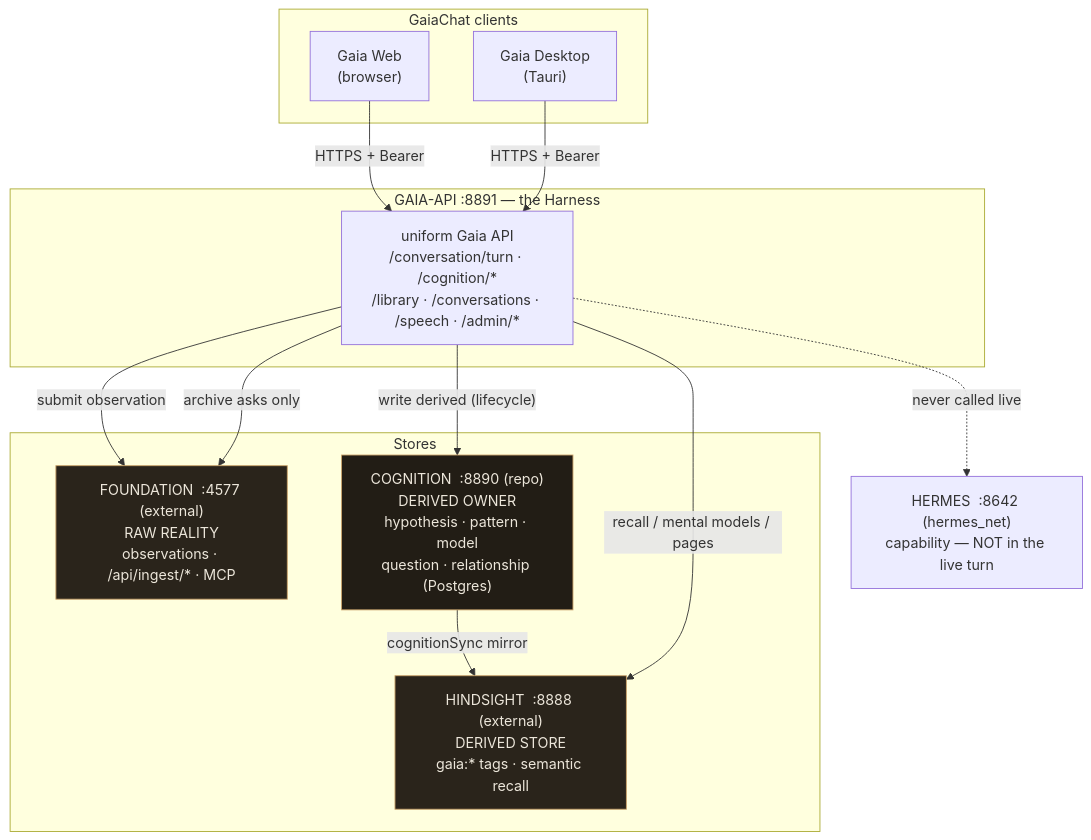
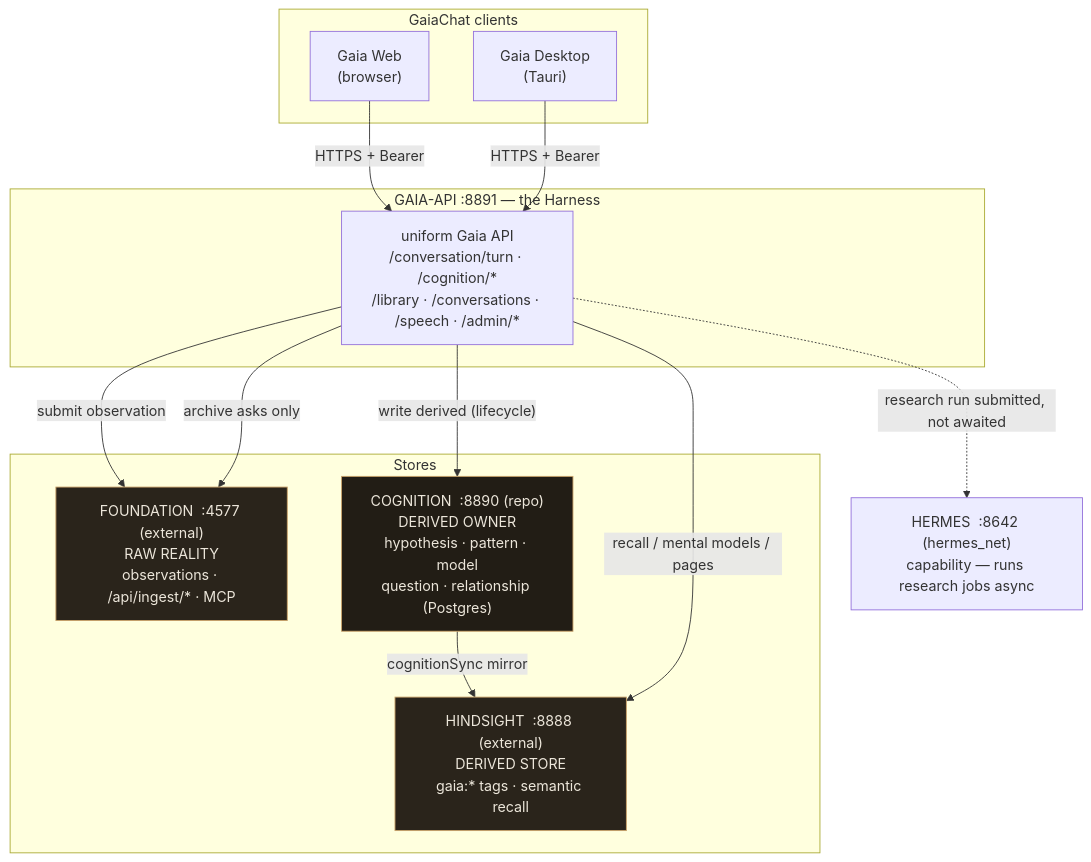
One commit to Bojanni050/Gaia-Cloud changed the first of 6 diagrams in docs/architecture-graph.md. Above: the diagram before and after it, drawn with Mermaid. The commit also changed other lines of this file and 23 other files, not shown here.

First line of the commit message:
Research jobs: hand a research turn to Hermes' grounded-citations skill without waiting

````diff
--- a/docs/architecture-graph.md
+++ b/docs/architecture-graph.md
@@ -11,33 +11,33 @@
 ```mermaid
 flowchart TB
     subgraph clients["GaiaChat clients"]
         web["Gaia Web<br/>(browser)"]
         desktop["Gaia Desktop<br/>(Tauri)"]
     end
 
     subgraph cloud["GAIA-API  :8891 — the Harness"]
         api["uniform Gaia API<br/>/conversation/turn · /cognition/*<br/>/library · /conversations · /speech · /admin/*"]
     end
 
     subgraph stores["Stores"]
         foundation["FOUNDATION  :4577 (external)<br/>RAW REALITY<br/>observations · /api/ingest/* · MCP"]
         cognition["COGNITION  :8890 (repo)<br/>DERIVED OWNER<br/>hypothesis · pattern · model<br/>question · relationship (Postgres)"]
         hindsight["HINDSIGHT  :8888 (external)<br/>DERIVED STORE<br/>gaia:* tags · semantic recall"]
     end
 
-    hermes["HERMES  :8642 (hermes_net)<br/>capability — NOT in the live turn"]
+    hermes["HERMES  :8642 (hermes_net)<br/>capability — runs research jobs async"]
 
     web -->|"HTTPS + Bearer"| api
     desktop -->|"HTTPS + Bearer"| api
     api -->|"submit observation"| foundation
     api -->|"write derived (lifecycle)"| cognition
     cognition -->|"cognitionSync mirror"| hindsight
     api -->|"recall / mental models / pages"| hindsight
     api -->|"archive asks only"| foundation
-    api -.->|"never called live"| hermes
+    api -.->|"research run submitted, not awaited"| hermes
 
     classDef ext fill:#2A241B,stroke:#CBA36A,color:#ECE6DA
     classDef own fill:#221D15,stroke:#CBA36A,color:#ECE6DA
     class foundation,hindsight ext
     class cognition own
 ```
````
